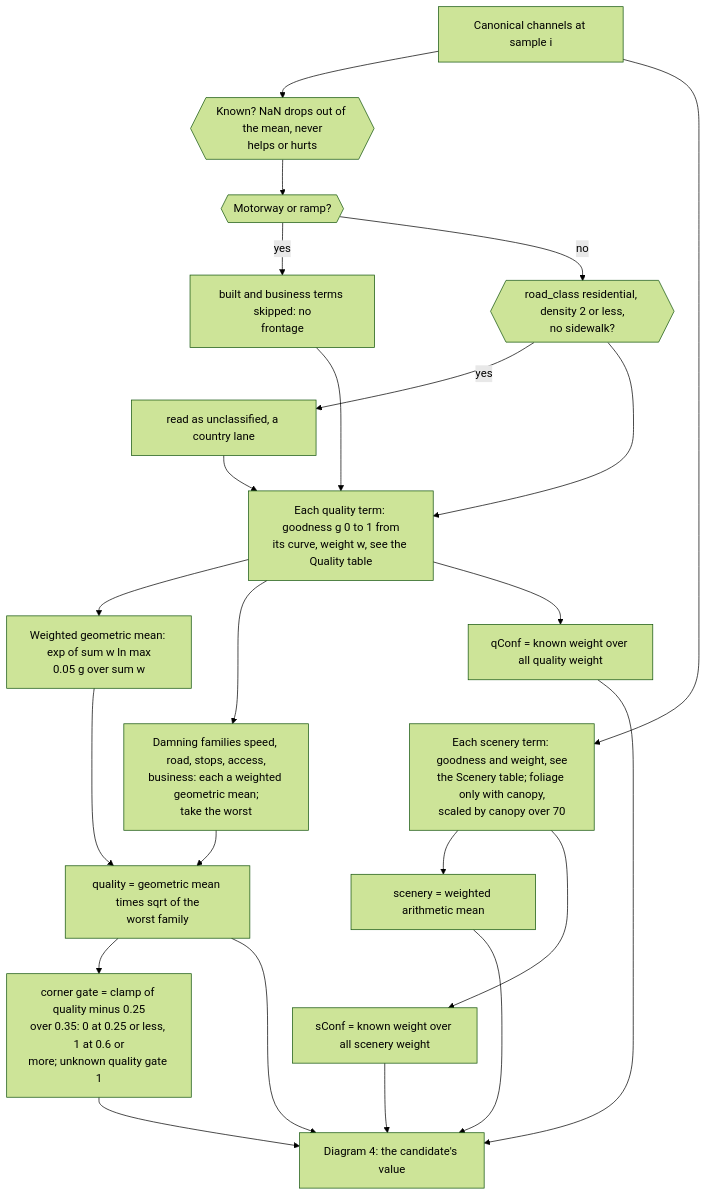
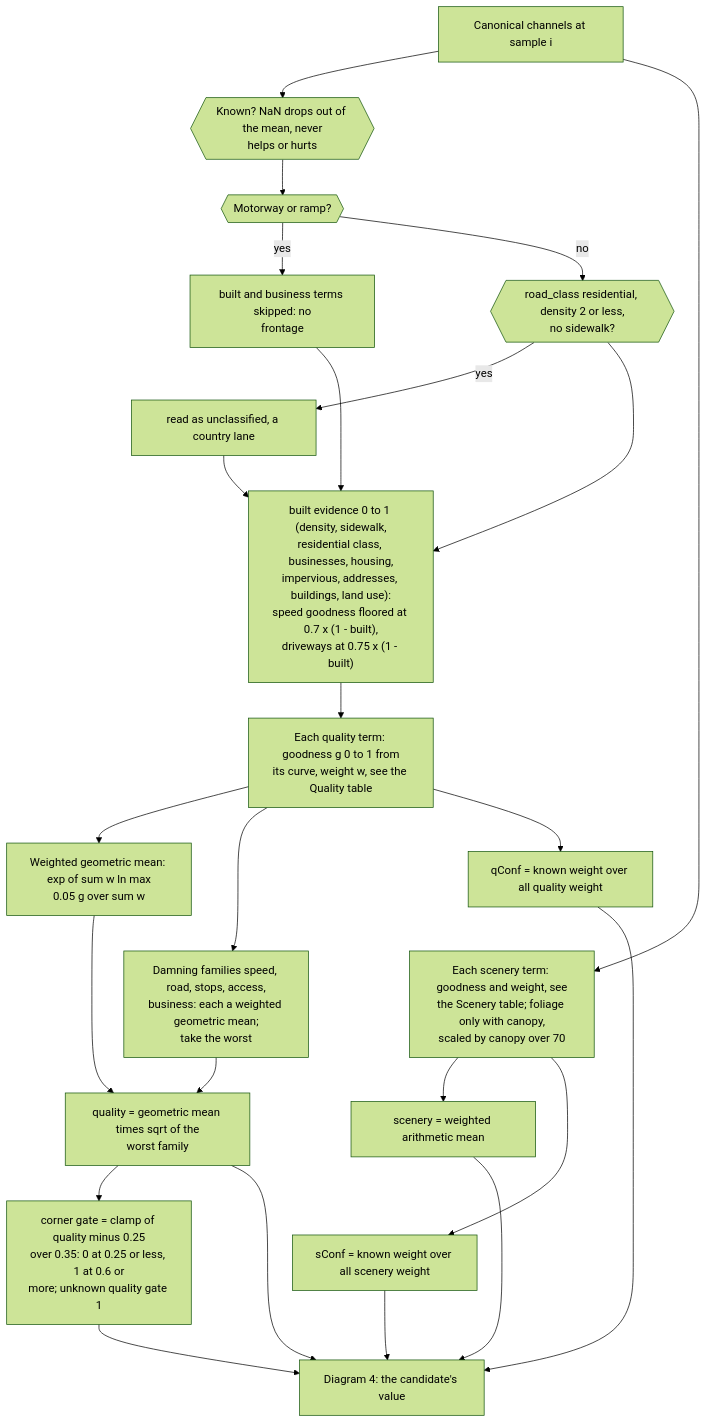
One commit to Senft5/ApexNav changed the second of 5 diagrams in docs/ROUTE_ENGINE.md. Above: the diagram before and after it, drawn with Mermaid (forest theme). The commit also changed other lines of this file and 16 other files, not shown here.

````diff
--- a/docs/ROUTE_ENGINE.md
+++ b/docs/ROUTE_ENGINE.md
@@ -68,22 +68,23 @@
 ```mermaid
 flowchart TD
   IN["Canonical channels at sample i"] --> SKIP{{"Known? NaN drops out of the mean, never<br>helps or hurts"}}
   SKIP --> LIM{{"Motorway or ramp?"}}
   LIM -- yes --> NOFR["built and business terms skipped: no<br>frontage"]
   LIM -- no --> RUR{{"road_class residential, density 2 or less,<br>no sidewalk?"}}
   RUR -- yes --> LANE["read as unclassified, a country lane"]
   NOFR ~~~ LANE
-  NOFR & LANE & RUR --> G["Each quality term: goodness g 0 to 1 from<br>its curve, weight w, see the Quality table"]
+  NOFR & LANE & RUR --> BLT["built evidence 0 to 1 (density, sidewalk,<br>residential class, businesses, housing,<br>impervious, addresses, buildings, land use):<br>speed goodness floored at 0.7 x (1 - built),<br>driveways at 0.75 x (1 - built)"]
+  BLT --> G["Each quality term: goodness g 0 to 1 from<br>its curve, weight w, see the Quality table"]
   G --> GM["Weighted geometric mean: exp of sum w ln max<br>0.05 g over sum w"]
   G --> FAM["Damning families speed, road, stops, access,<br>business: each a weighted geometric mean;<br>take the worst"]
   GM & FAM --> Q["quality = geometric mean times sqrt of the<br>worst family"]
   GM ~~~ FAM
   QC ~~~ SC
   G --> QC["qConf = known weight over all quality weight"]
   IN --> SC["Each scenery term: goodness and weight, see<br>the Scenery table; foliage only with canopy,<br>scaled by canopy over 70"]
   SC --> S["scenery = weighted arithmetic mean"]
   SC --> SCC["sConf = known weight over all scenery weight"]
   Q --> GATE["corner gate = clamp of quality minus 0.25<br>over 0.35: 0 at 0.25 or less, 1 at 0.6 or<br>more; unknown quality gate 1"]
   S ~~~ SCC
   Q & QC & S & SCC & GATE --> D4["Diagram 4: the candidate's value"]
 ```
````
